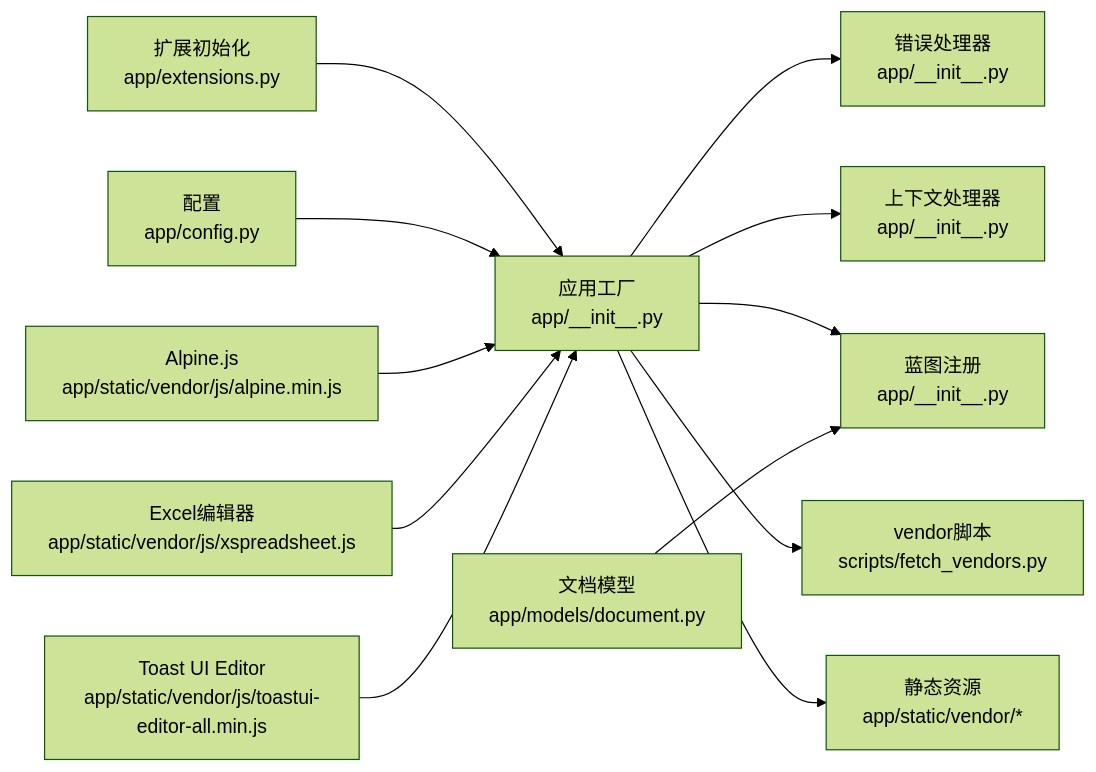
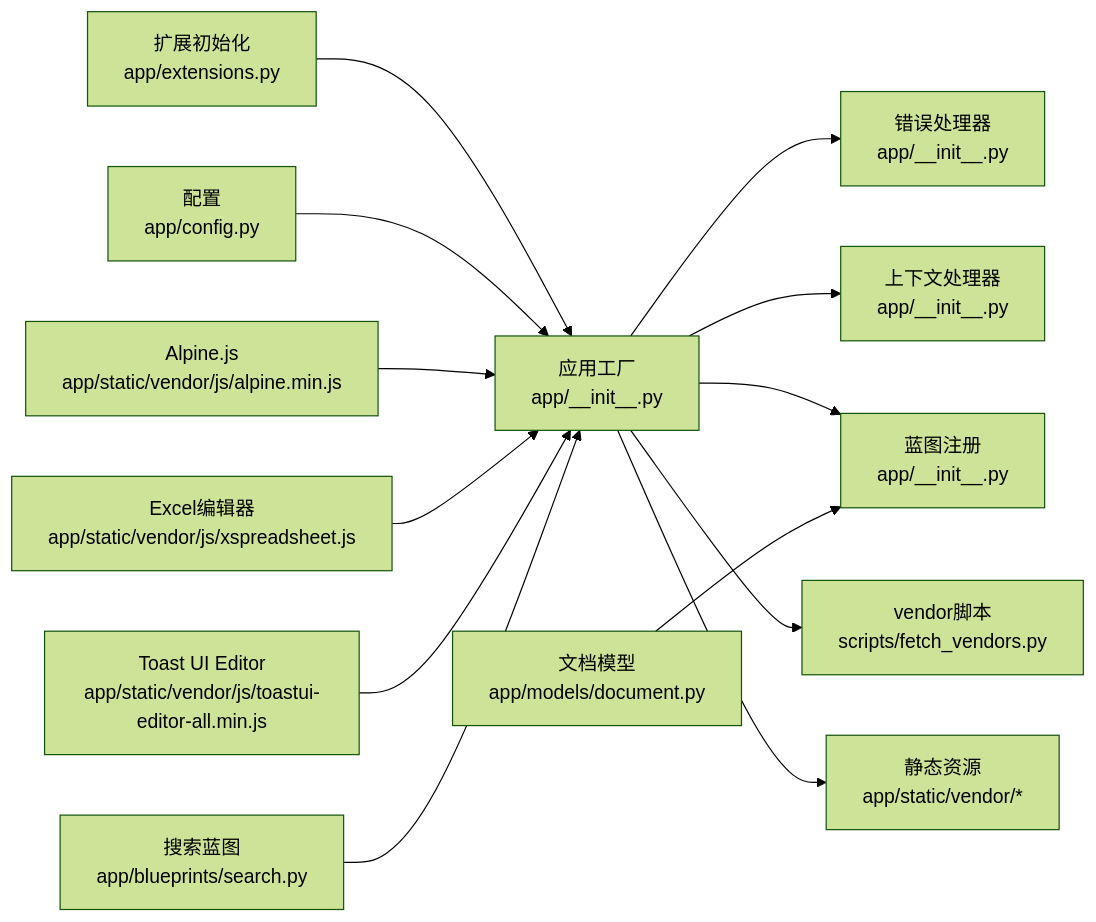
One commit to beyondalbert/my_wiki changed diagram 20 of 20 in .qoder/repowiki/zh/content/前端模板系统.md. Above: the diagram before and after it, drawn with Mermaid (forest theme). The commit also changed other lines of this file and 5 other files, not shown here.

````diff
--- a/.qoder/repowiki/zh/content/前端模板系统.md
+++ b/.qoder/repowiki/zh/content/前端模板系统.md
@@ -896,14 +1104,15 @@
 ```mermaid
 graph LR
 EXT["扩展初始化<br/>app/extensions.py"] --> APP["应用工厂<br/>app/__init__.py"]
 CFG["配置<br/>app/config.py"] --> APP
 APP --> ERR["错误处理器<br/>app/__init__.py"]
 APP --> CTX["上下文处理器<br/>app/__init__.py"]
 APP --> BP["蓝图注册<br/>app/__init__.py"]
 ALP["Alpine.js<br/>app/static/vendor/js/alpine.min.js"] --> APP
 XSP["Excel编辑器<br/>app/static/vendor/js/xspreadsheet.js"] --> APP
 TUI["Toast UI Editor<br/>app/static/vendor/js/toastui-editor-all.min.js"] --> APP
 DOC["文档模型<br/>app/models/document.py"] --> BP
 APP --> VEN["vendor脚本<br/>scripts/fetch_vendors.py"]
 APP --> ST["静态资源<br/>app/static/vendor/*"]
+SEB["搜索蓝图<br/>app/blueprints/search.py"] --> APP
 ```
````
